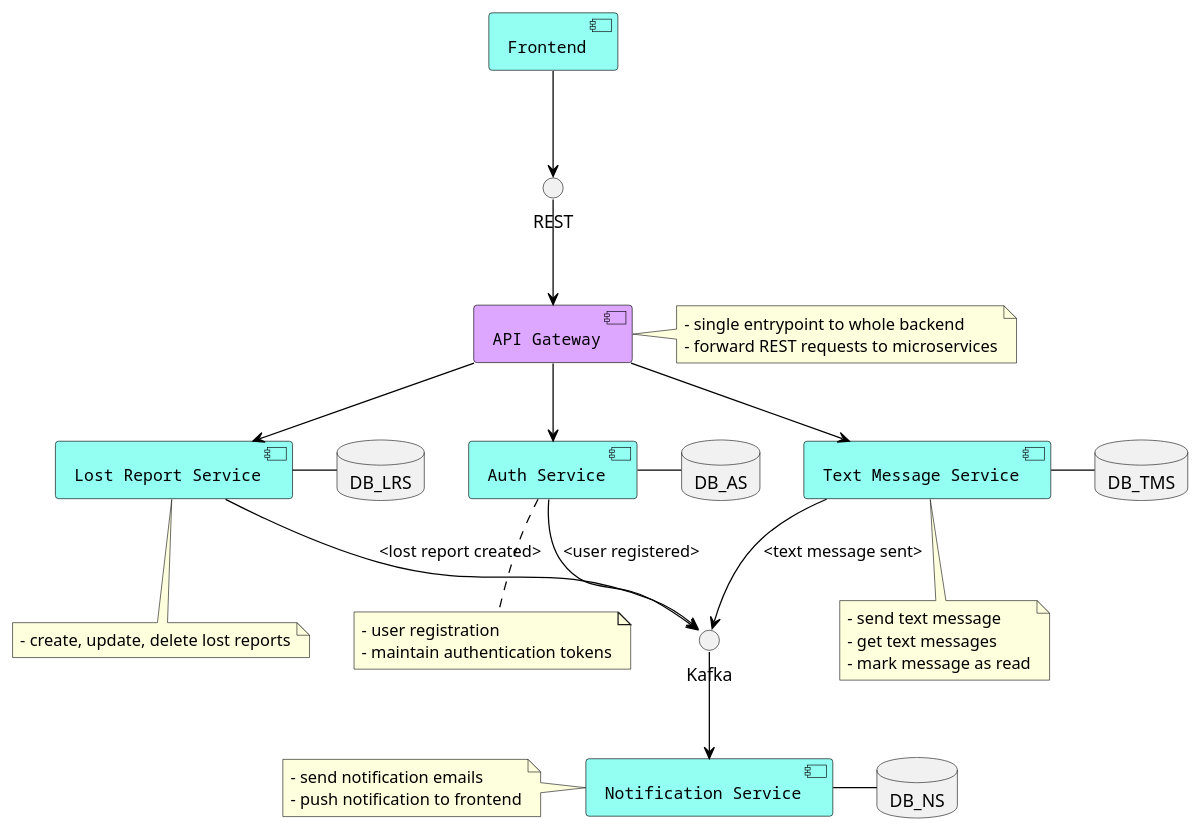
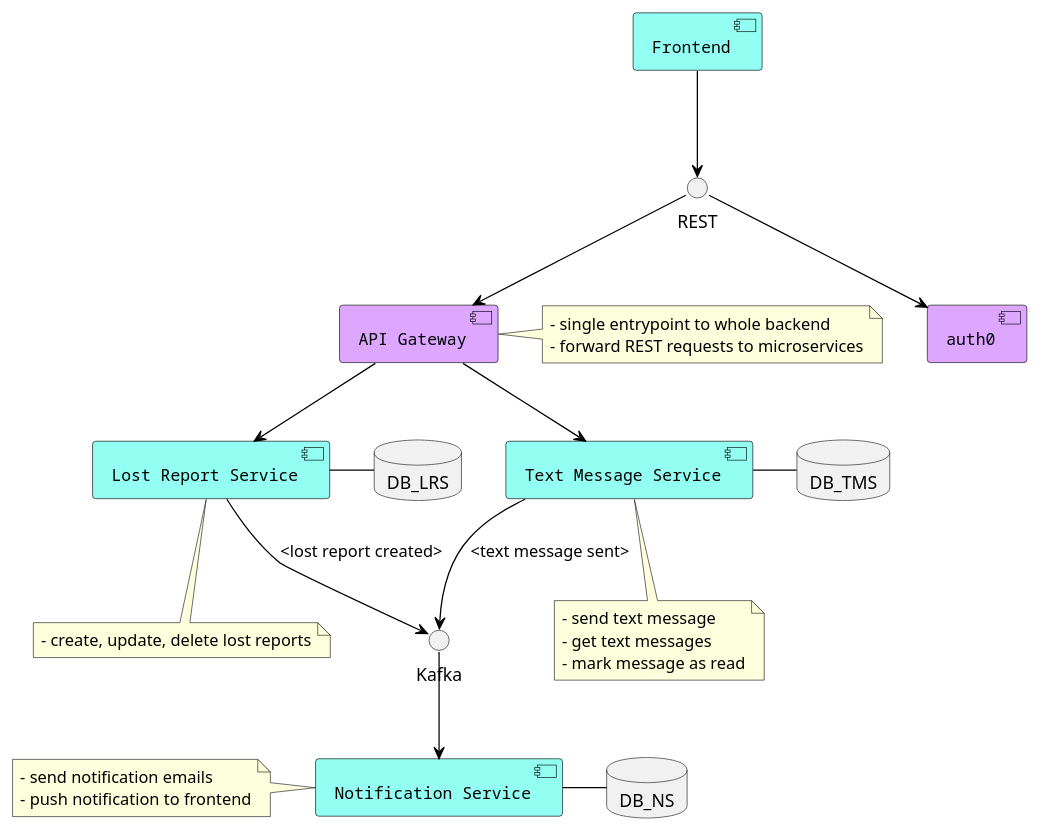
Before and after one commit to PawelMlyniec/Lost_and_found_diagrams: the diagram in architecture.puml, drawn with PlantUML.

Commit message:
Replace AuthService with Auth0

```diff
--- a/architecture.puml
+++ b/architecture.puml
@@ -1,70 +1,62 @@
 @startumlS
 
 skinparam component {
   FontSize 13
   FontName Courier
   BorderColor black
   BackgroundColor 93FFF3
   ArrowFontName Impact
   ArrowColor black
   ArrowFontColor black
 }
 
 skinparam note {
 
 }
 
 component "Frontend" as frontend
 component "API Gateway" as gateway #DDA6FF
 interface REST
 interface "Kafka" as kafka
 component "Lost Report Service" as LRS
-component "Auth Service" as AS
+component "auth0" as auth0 #DDA6FF
 component "Text Message Service" as TMS
 component "Notification Service" as NS
 database DB_LRS
-database DB_AS
 database DB_TMS
 database DB_NS
 
 frontend --> REST
 REST --> gateway
-gateway --> AS
+REST --> auth0
 gateway --> LRS
 gateway --> TMS
-AS --> kafka: <user registered>
 LRS --> kafka: <lost report created>
 TMS --> kafka: <text message sent>
 kafka --> NS
 LRS - DB_LRS
-AS - DB_AS
 TMS - DB_TMS
 NS - DB_NS
 
 note right of gateway
     - single entrypoint to whole backend
     - forward REST requests to microservices
 end note
 
 note bottom of LRS
     - create, update, delete lost reports
-end note
-
-note bottom of AS
-    - user registration
-    - maintain authentication tokens
 end note
 
 note bottom of TMS
     - send text message
     - get text messages
     - mark message as read
 end note
 
 note left of NS
     - send notification emails
     - push notification to frontend
 end note
 
 
 @enduml
```
